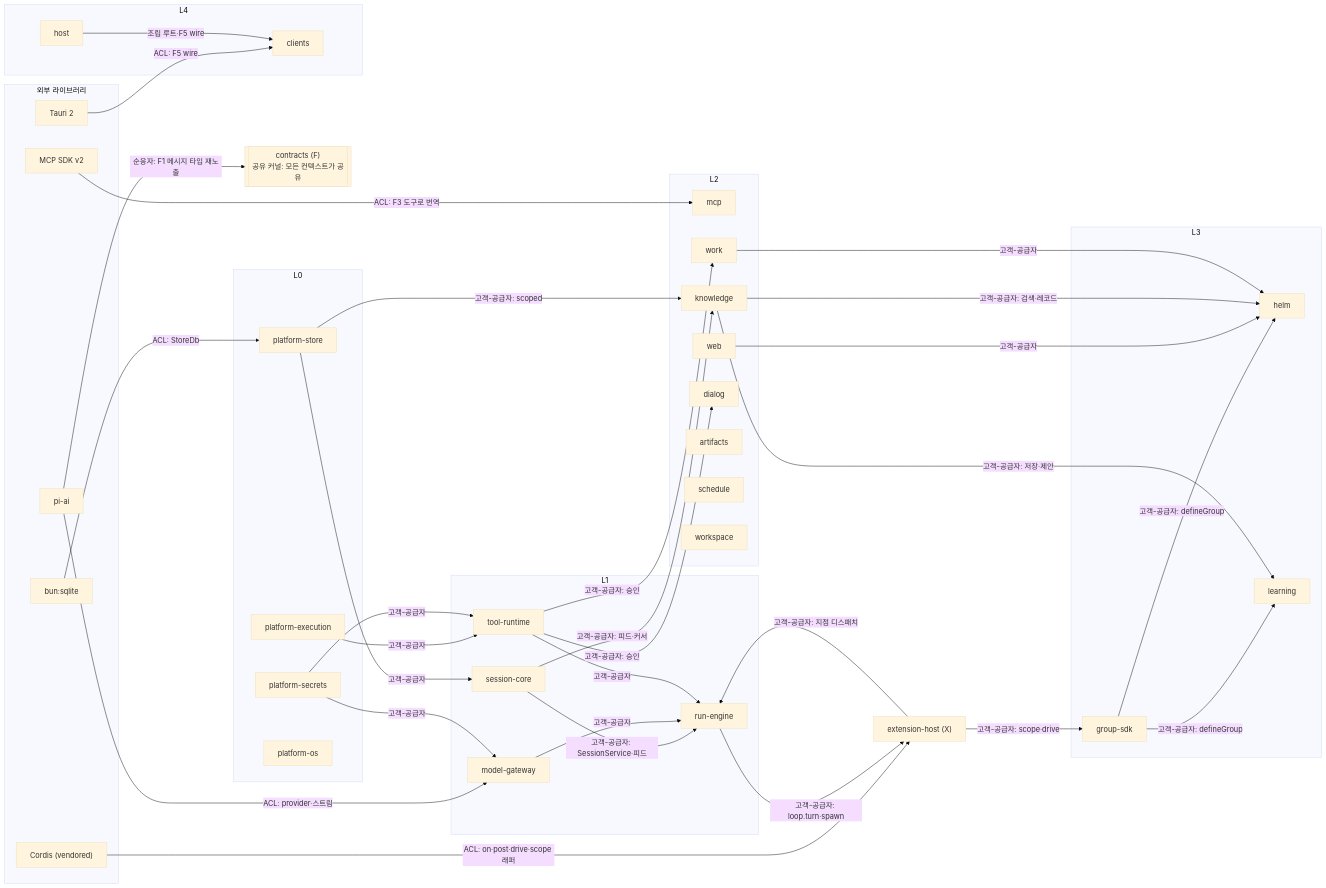
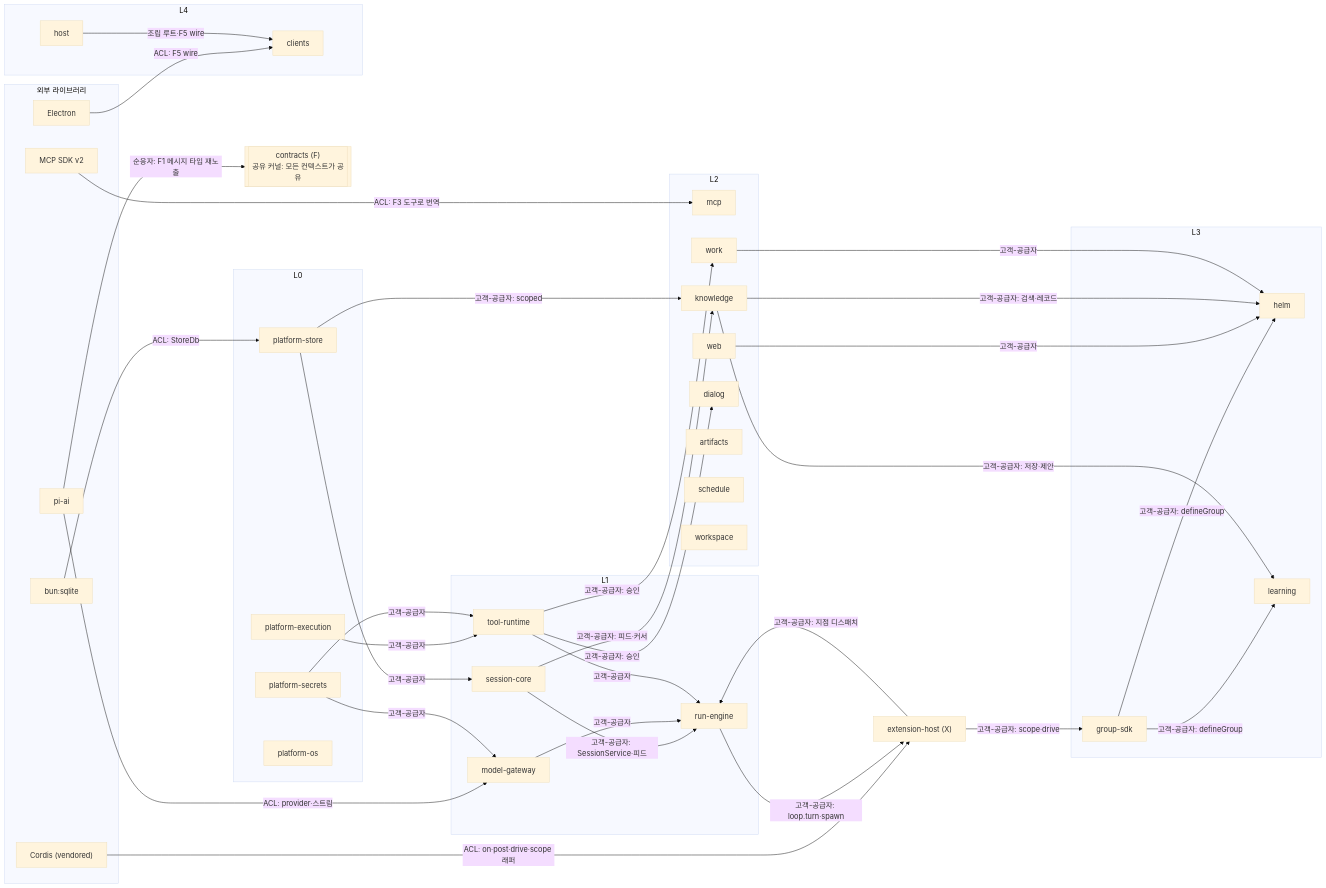
The first of 2 diagrams in docs/xeon/engineering/context-map/design.md (Rengod95/Helm-Agent_Docs_OS), drawn with Mermaid (base theme) before and after one commit. The commit also changed other lines of this file and 50 other files, not shown here.

````diff
--- a/docs/xeon/engineering/context-map/design.md
+++ b/docs/xeon/engineering/context-map/design.md
@@ -87,72 +87,72 @@
 ```mermaid
 flowchart LR
   subgraph EXTLIB["외부 라이브러리"]
     PIAI["pi-ai"]
     MCPSDK["MCP SDK v2"]
-    TAURI["Tauri 2"]
+    ELECTRON["Electron"]
     CORDIS["Cordis (vendored)"]
     SQLITE["bun:sqlite"]
   end
   F[["contracts (F)<br/>공유 커널: 모든 컨텍스트가 공유"]]
   subgraph L0["L0"]
     ST["platform-store"]
     PX["platform-execution"]
     SE["platform-secrets"]
     OS["platform-os"]
   end
   XH["extension-host (X)"]
   subgraph L1["L1"]
     SC["session-core"]
     RE["run-engine"]
     MG["model-gateway"]
     TR["tool-runtime"]
   end
   subgraph L2["L2"]
     MCP["mcp"]
     WEB["web"]
     KN["knowledge"]
     WK["work"]
     DL["dialog"]
     AR["artifacts"]
     SH["schedule"]
     WS["workspace"]
   end
   subgraph L3["L3"]
     GK["group-sdk"]
     HE["helm"]
     LE["learning"]
   end
   subgraph L4["L4"]
     CL["clients"]
     HO["host"]
   end
 
   SQLITE -->|"ACL: StoreDb"| ST
   CORDIS -->|"ACL: on·post·drive·scope 래퍼"| XH
   PIAI -->|"순응자: F1 메시지 타입 재노출"| F
   PIAI -->|"ACL: provider·스트림"| MG
   MCPSDK -->|"ACL: F3 도구로 번역"| MCP
-  TAURI -->|"ACL: F5 wire"| CL
+  ELECTRON -->|"ACL: F5 wire"| CL
 
   ST -->|"고객-공급자"| SC
   ST -->|"고객-공급자: scoped"| KN
   PX -->|"고객-공급자"| TR
   SE -->|"고객-공급자"| TR
   SE -->|"고객-공급자"| MG
   SC -->|"고객-공급자: SessionService·피드"| RE
   SC -->|"고객-공급자: 피드·커서"| KN
   MG -->|"고객-공급자"| RE
   TR -->|"고객-공급자"| RE
   XH -->|"고객-공급자: 지점 디스패치"| RE
   RE -->|"고객-공급자: loop.turn·spawn"| XH
   TR -->|"고객-공급자: 승인"| DL
   TR -->|"고객-공급자: 승인"| WK
   XH -->|"고객-공급자: scope·drive"| GK
   GK -->|"고객-공급자: defineGroup"| HE
   GK -->|"고객-공급자: defineGroup"| LE
   WEB -->|"고객-공급자"| HE
   KN -->|"고객-공급자: 검색·레코드"| HE
   KN -->|"고객-공급자: 저장·제안"| LE
   WK -->|"고객-공급자"| HE
   HO -->|"조립 루트·F5 wire"| CL
 ```
````
